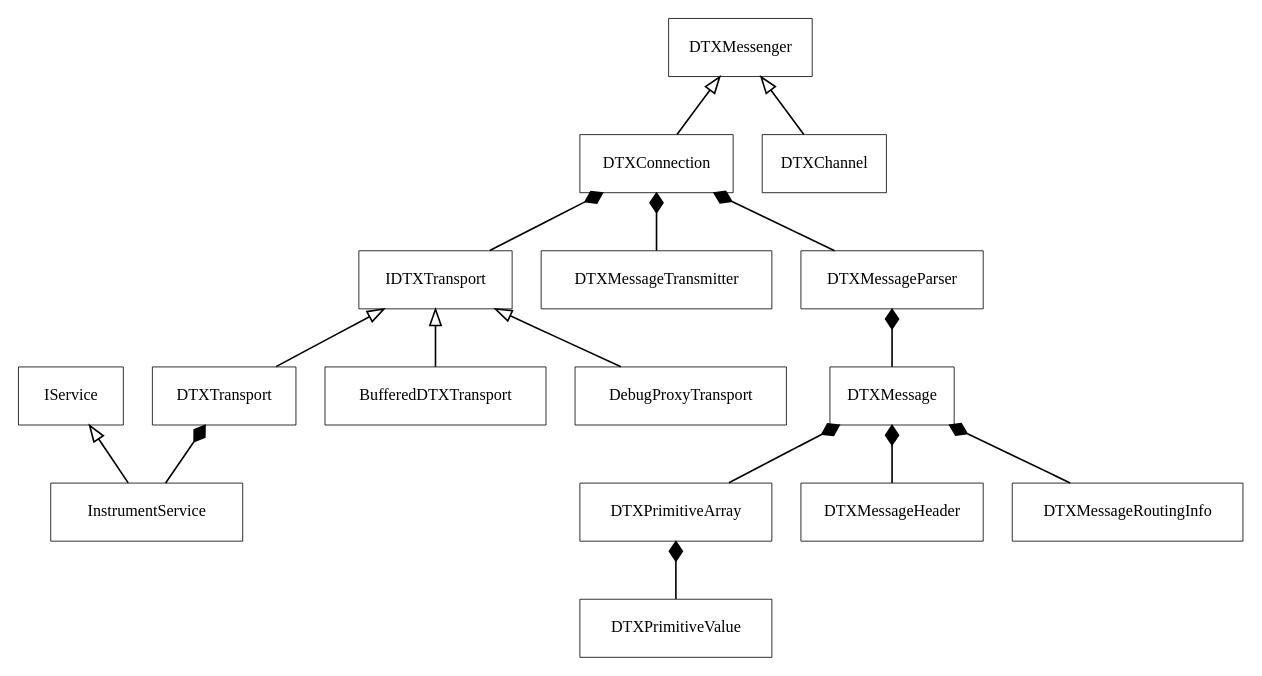
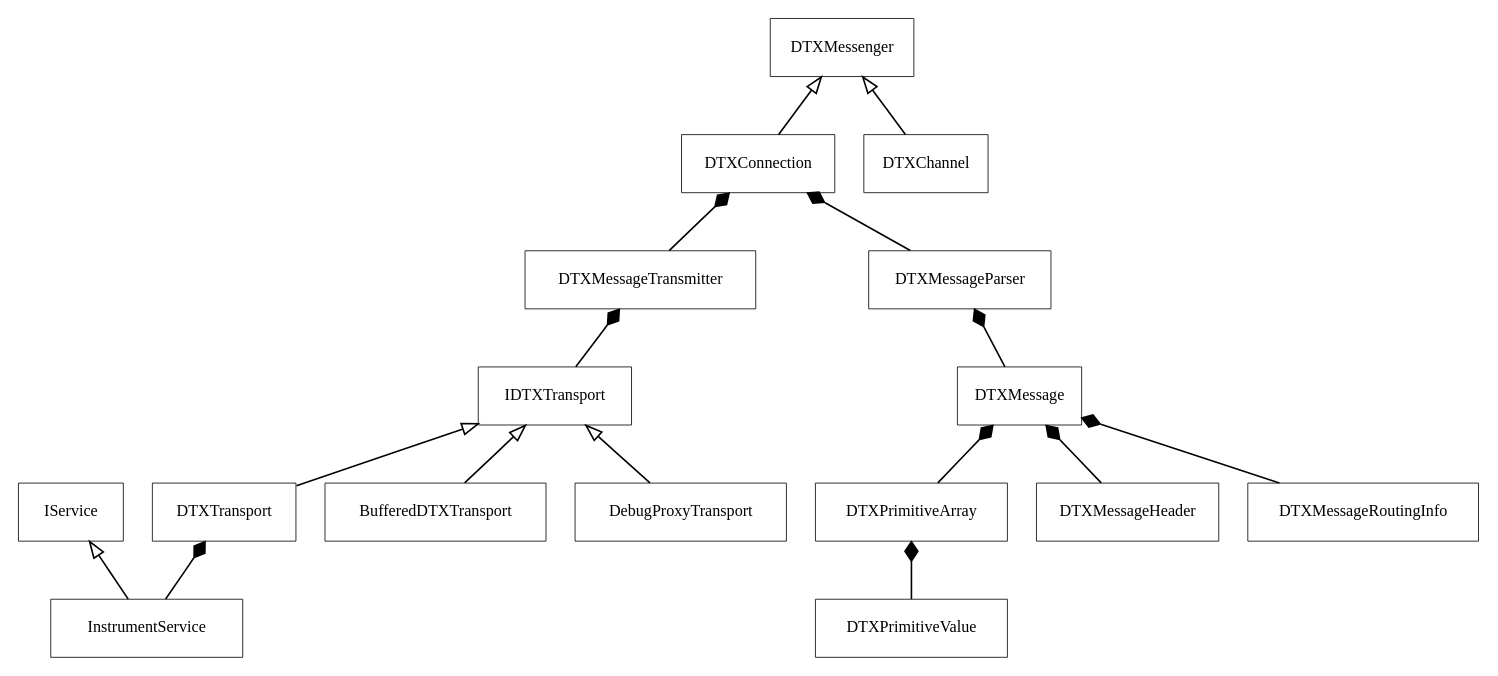
Before and after one commit to sandin/libidevice: the diagram in doc/uml.dot, drawn with Graphviz. The commit also changed 3 other files, not shown here.

```diff
--- a/doc/uml.dot
+++ b/doc/uml.dot
@@ -1,32 +1,33 @@
 digraph {
     node [shape=box, fontname="Inconsolata, Consolas", fontsize=10, penwidth=0.5]
 
 
     IService, InstrumentService
     IDTXTransport, DTXTransport, BufferedDTXTransport, DebugProxyTransport
     DTXPrimitiveArray, DTXPrimitiveValue
     DTXMessenger, DTXConnection, DTXChannel
     DTXMessageTransmitter
     DTXMessageParser
     DTXMessage, DTXMessageHeader, DTXMessageRoutingInfo
     
     /* inheritance */
     {
         edge [arrowtail=onormal, dir=back]
 
         IService -> { InstrumentService }
         IDTXTransport -> { DTXTransport, BufferedDTXTransport, DebugProxyTransport }
         DTXMessenger -> { DTXConnection, DTXChannel }
     }
     
     /* Composition */
     {
         edge [dir=back, arrowtail=diamond, headlabel=""]
         
-        DTXConnection -> { IDTXTransport, DTXMessageTransmitter, DTXMessageParser }
+        DTXConnection -> { DTXMessageTransmitter, DTXMessageParser }
+        DTXMessageTransmitter -> { IDTXTransport }
         DTXPrimitiveArray -> { DTXPrimitiveValue }
         DTXMessage -> { DTXMessageHeader, DTXMessageRoutingInfo, DTXPrimitiveArray }
         DTXTransport -> { InstrumentService }
         DTXMessageParser -> { DTXMessage }
     }
 }
```
